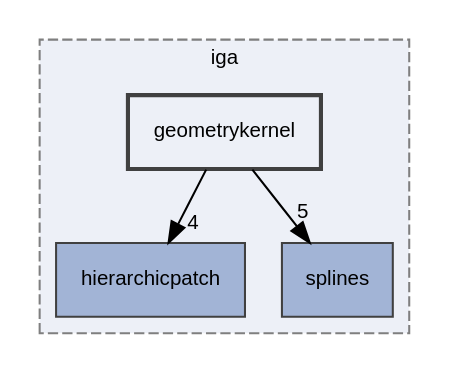
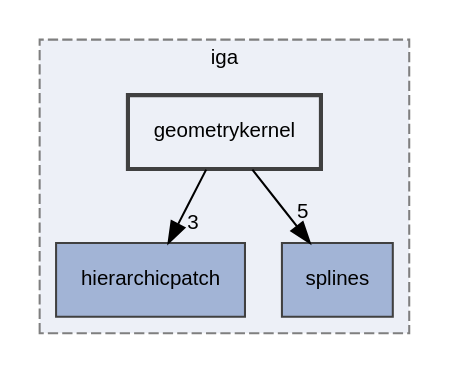
Before and after one commit to rath3t/dune-iga-doc: the diagram in dir_98571e7345f7327fea7723ec1a12d870_dep.dot, drawn with Graphviz. The commit also changed 1556 other files, not shown here.

```diff
--- a/dir_98571e7345f7327fea7723ec1a12d870_dep.dot
+++ b/dir_98571e7345f7327fea7723ec1a12d870_dep.dot
@@ -1,15 +1,15 @@
 digraph "geometrykernel"
 {
  // LATEX_PDF_SIZE
   edge [fontname="Helvetica",fontsize="10",labelfontname="Helvetica",labelfontsize="10"];
   node [fontname="Helvetica",fontsize="10",shape=record];
   compound=true
   subgraph clusterdir_d2a3c23294a1b1015b1b8e8721ddded8 {
     graph [ bgcolor="#edf0f7", pencolor="grey50", style="filled,dashed,", label="iga", fontname="Helvetica", fontsize="10", URL="dir_d2a3c23294a1b1015b1b8e8721ddded8.html"]
   dir_12fc9e68aad46ae2d80ba50ef1c96d76 [shape=box, label="hierarchicpatch", style="filled,", fillcolor="#a2b4d6", color="grey25", URL="dir_12fc9e68aad46ae2d80ba50ef1c96d76.html"];
   dir_479b904809ee7734e338128330b60cdb [shape=box, label="splines", style="filled,", fillcolor="#a2b4d6", color="grey25", URL="dir_479b904809ee7734e338128330b60cdb.html"];
   dir_98571e7345f7327fea7723ec1a12d870 [shape=box, label="geometrykernel", style="filled,bold,", fillcolor="#edf0f7", color="grey25", URL="dir_98571e7345f7327fea7723ec1a12d870.html"];
   }
-  dir_98571e7345f7327fea7723ec1a12d870->dir_12fc9e68aad46ae2d80ba50ef1c96d76 [headlabel="4", labeldistance=1.5 headhref="dir_000006_000007.html"];
+  dir_98571e7345f7327fea7723ec1a12d870->dir_12fc9e68aad46ae2d80ba50ef1c96d76 [headlabel="3", labeldistance=1.5 headhref="dir_000006_000007.html"];
   dir_98571e7345f7327fea7723ec1a12d870->dir_479b904809ee7734e338128330b60cdb [headlabel="5", labeldistance=1.5 headhref="dir_000006_000016.html"];
 }
```
